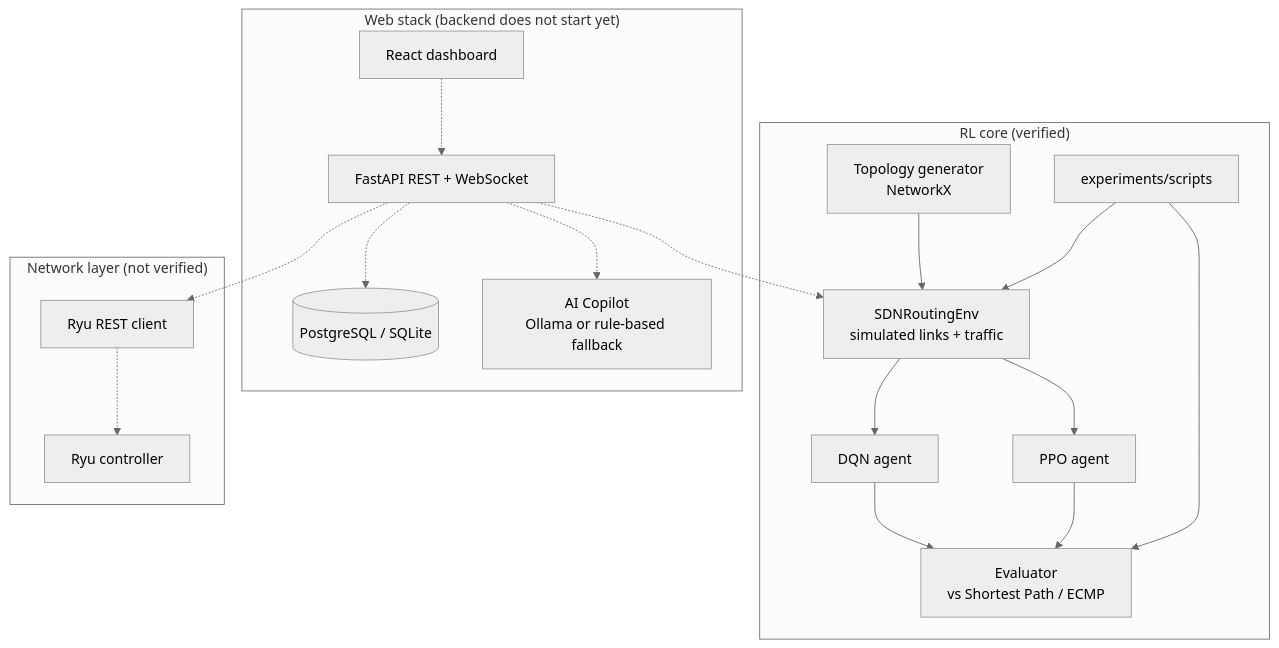
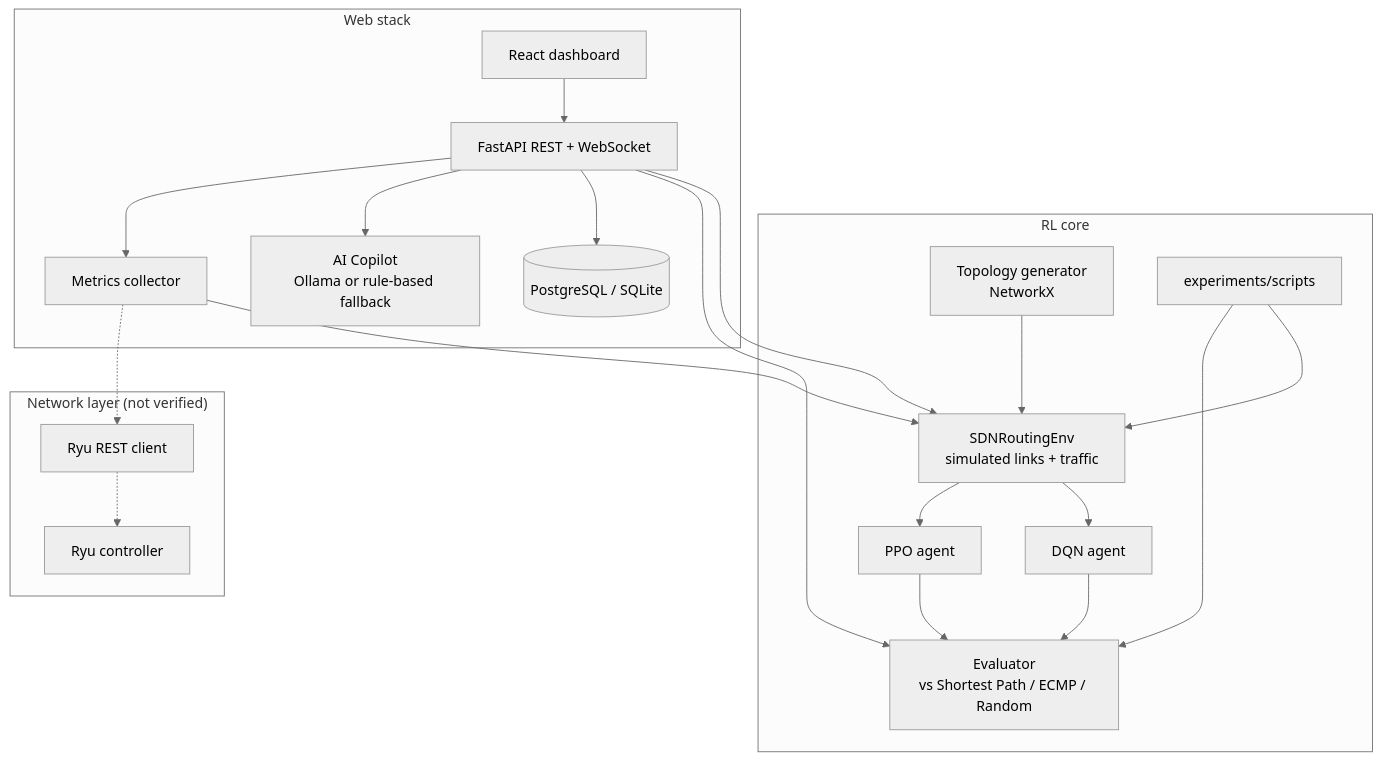
One commit to amirhosseinkho/RL-SDN-Traffic-Engineering changed the diagram in README.md. Above: the diagram before and after it, drawn with Mermaid (neutral theme). The commit also changed other lines of this file and 8 other files, not shown here.

````diff
--- a/README.md
+++ b/README.md
@@ -37,38 +40,42 @@
 ```mermaid
 graph TB
-    subgraph RL["RL core (verified)"]
+    subgraph RL["RL core"]
         TOPO[Topology generator<br/>NetworkX]
         ENV[SDNRoutingEnv<br/>simulated links + traffic]
         DQN[DQN agent]
         PPO[PPO agent]
-        EVAL[Evaluator<br/>vs Shortest Path / ECMP]
+        EVAL[Evaluator<br/>vs Shortest Path / ECMP / Random]
         SCRIPTS[experiments/scripts]
     end
 
-    subgraph Web["Web stack (backend does not start yet)"]
+    subgraph Web["Web stack"]
         UI[React dashboard]
         API[FastAPI REST + WebSocket]
         DB[(PostgreSQL / SQLite)]
         COP[AI Copilot<br/>Ollama or rule-based fallback]
+        MON[Metrics collector]
     end
 
     subgraph Net["Network layer (not verified)"]
         RYUC[Ryu REST client]
         RYU[Ryu controller]
     end
 
     TOPO --> ENV
     ENV --> DQN
     ENV --> PPO
     DQN --> EVAL
     PPO --> EVAL
     SCRIPTS --> ENV
     SCRIPTS --> EVAL
 
-    UI -.-> API
-    API -.-> ENV
-    API -.-> DB
-    API -.-> COP
-    API -.-> RYUC
+    UI --> API
+    API --> ENV
+    API --> EVAL
+    API --> DB
+    API --> COP
+    API --> MON
+    MON --> ENV
+    MON -.-> RYUC
     RYUC -.-> RYU
 ```
````
